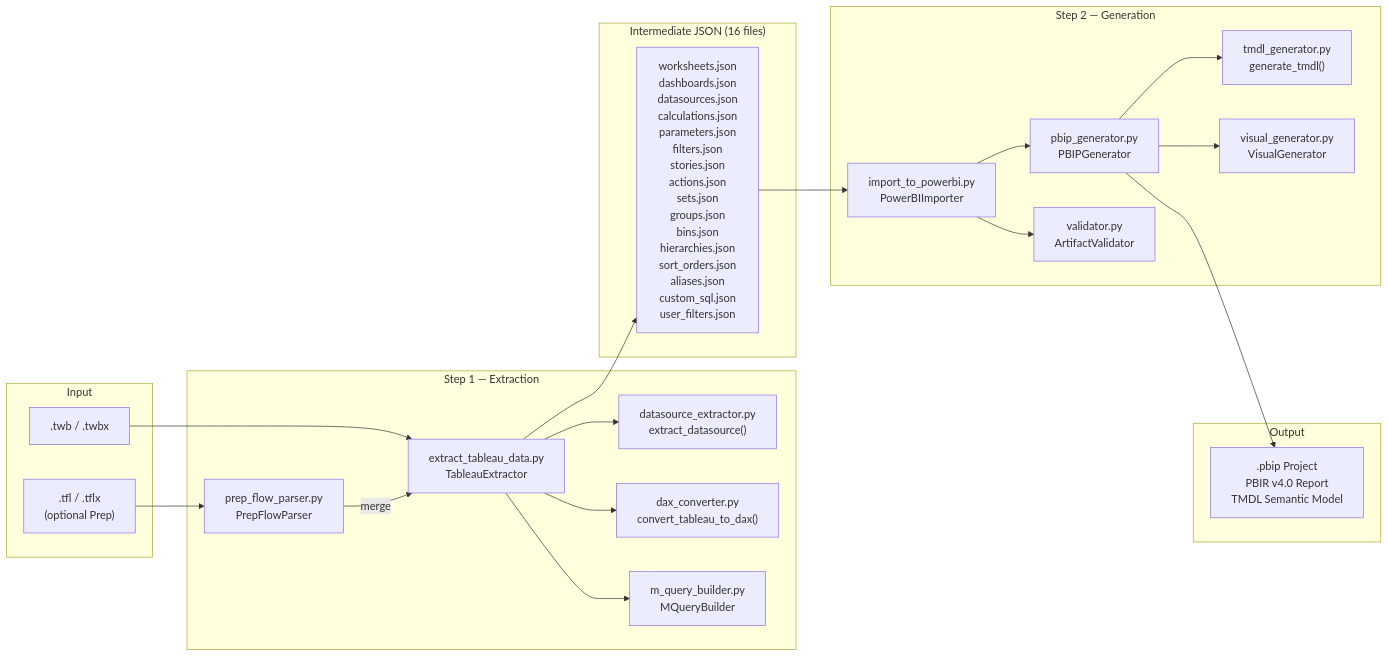
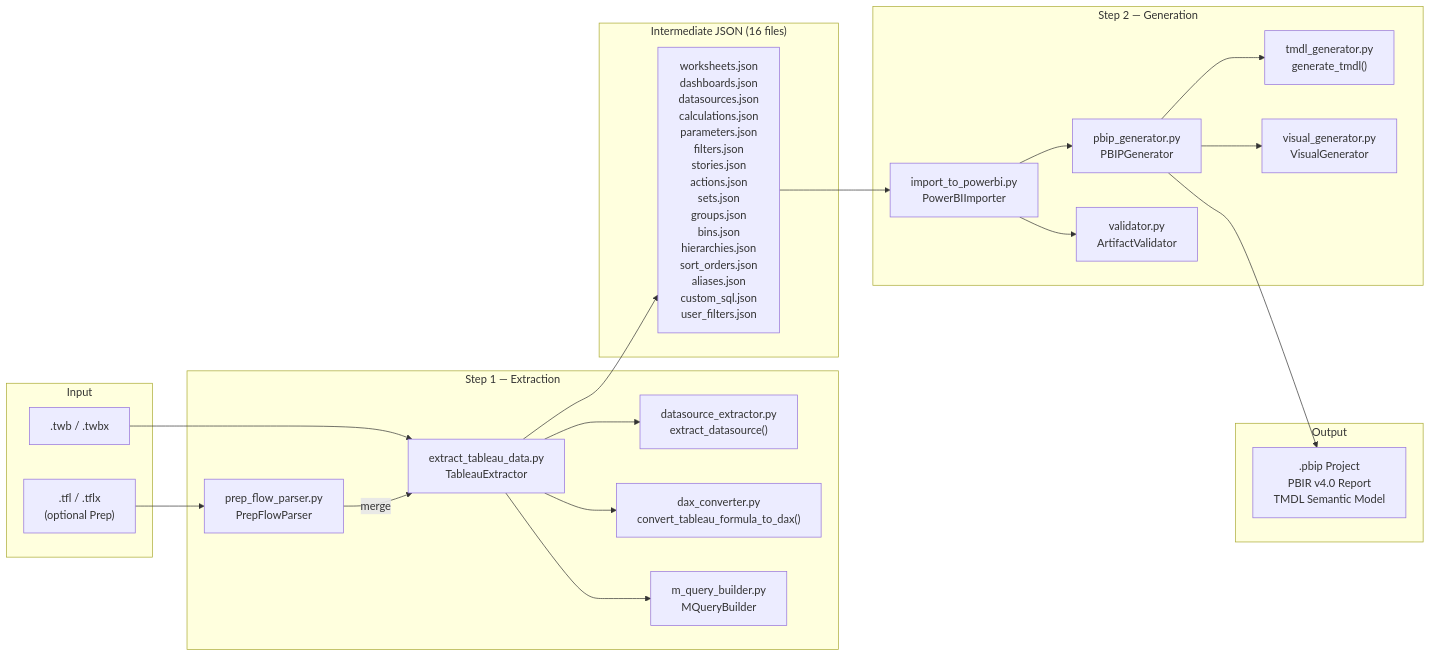
One commit to cyphou/Tableau-To-PowerBI changed the diagram in docs/ARCHITECTURE.md. Above: the diagram before and after it, drawn with Mermaid. The commit also changed other lines of this file and 12 other files, not shown here.

````diff
--- a/docs/ARCHITECTURE.md
+++ b/docs/ARCHITECTURE.md
@@ -7,45 +7,45 @@
 ```mermaid
 flowchart LR
     subgraph Input
         TWB[".twb / .twbx"]
         TFL[".tfl / .tflx<br/>(optional Prep)"]
     end
 
     subgraph "Step 1 — Extraction"
         EXT["extract_tableau_data.py<br/>TableauExtractor"]
         DSE["datasource_extractor.py<br/>extract_datasource()"]
-        DAX["dax_converter.py<br/>convert_tableau_to_dax()"]
+        DAX["dax_converter.py<br/>convert_tableau_formula_to_dax()"]
         MQB["m_query_builder.py<br/>MQueryBuilder"]
         PFP["prep_flow_parser.py<br/>PrepFlowParser"]
     end
 
     subgraph "Intermediate JSON (16 files)"
         JSON["worksheets.json<br/>dashboards.json<br/>datasources.json<br/>calculations.json<br/>parameters.json<br/>filters.json<br/>stories.json<br/>actions.json<br/>sets.json<br/>groups.json<br/>bins.json<br/>hierarchies.json<br/>sort_orders.json<br/>aliases.json<br/>custom_sql.json<br/>user_filters.json"]
     end
 
     subgraph "Step 2 — Generation"
         IMP["import_to_powerbi.py<br/>PowerBIImporter"]
         PBIP["pbip_generator.py<br/>PBIPGenerator"]
         TMDL["tmdl_generator.py<br/>generate_tmdl()"]
         VIS["visual_generator.py<br/>VisualGenerator"]
         VAL["validator.py<br/>ArtifactValidator"]
     end
 
     subgraph Output
         PROJ[".pbip Project<br/>PBIR v4.0 Report<br/>TMDL Semantic Model"]
     end
 
     TWB --> EXT
     TFL --> PFP
     EXT --> DSE
     EXT --> DAX
     EXT --> MQB
     PFP -->|merge| EXT
     EXT --> JSON
     JSON --> IMP
     IMP --> PBIP
     PBIP --> TMDL
     PBIP --> VIS
     IMP --> VAL
     PBIP --> PROJ
 ```
````
